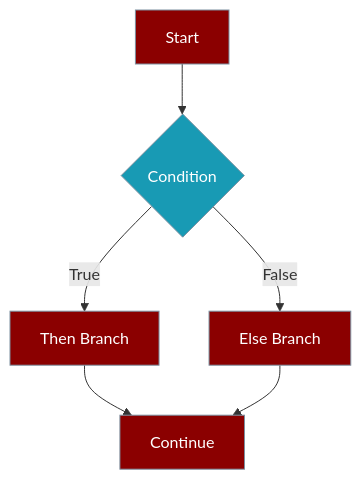
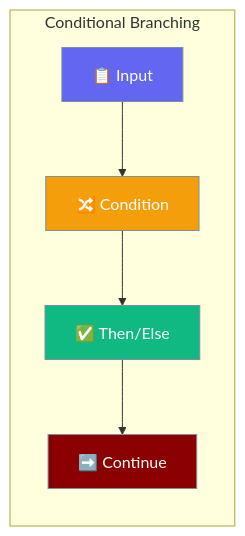
One commit to MervinPraison/PraisonAIDocs changed the first of 4 diagrams in docs/features/conditional-branching.mdx. Above: the diagram before and after it, drawn with Mermaid. The commit also changed other lines of this file and 1 other file, not shown here.

Commit message:
docs: add graph LR hero + sequenceDiagram to conditional-branching, retrieval (#1675)

````diff
--- a/docs/features/conditional-branching.mdx
+++ b/docs/features/conditional-branching.mdx
@@ -20,13 +20,17 @@
 ```mermaid
-flowchart TD
-    A[Start] --> B{Condition}
-    B -->|True| C[Then Branch]
-    B -->|False| D[Else Branch]
-    C --> E[Continue]
-    D --> E
+graph LR
+    subgraph "Conditional Branching"
+        A[📋 Input] --> B[🔀 Condition]
+        B --> C[✅ Then/Else]
+        C --> D[➡️ Continue]
+    end
 
+    classDef input fill:#6366F1,stroke:#7C90A0,color:#fff
+    classDef process fill:#F59E0B,stroke:#7C90A0,color:#fff
+    classDef success fill:#10B981,stroke:#7C90A0,color:#fff
     classDef agent fill:#8B0000,stroke:#7C90A0,color:#fff
-    classDef tool fill:#189AB4,stroke:#7C90A0,color:#fff
-    class A,C,D,E agent
-    class B tool
+    class A input
+    class B process
+    class C success
+    class D agent
 ```
````
